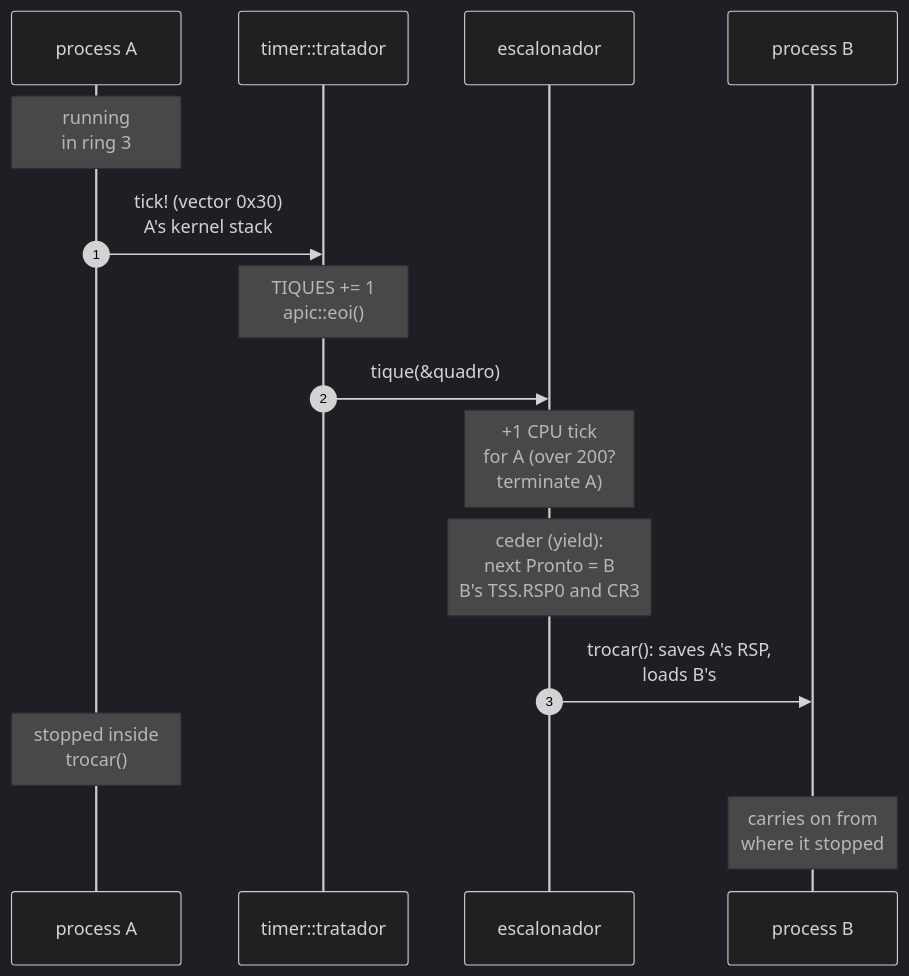
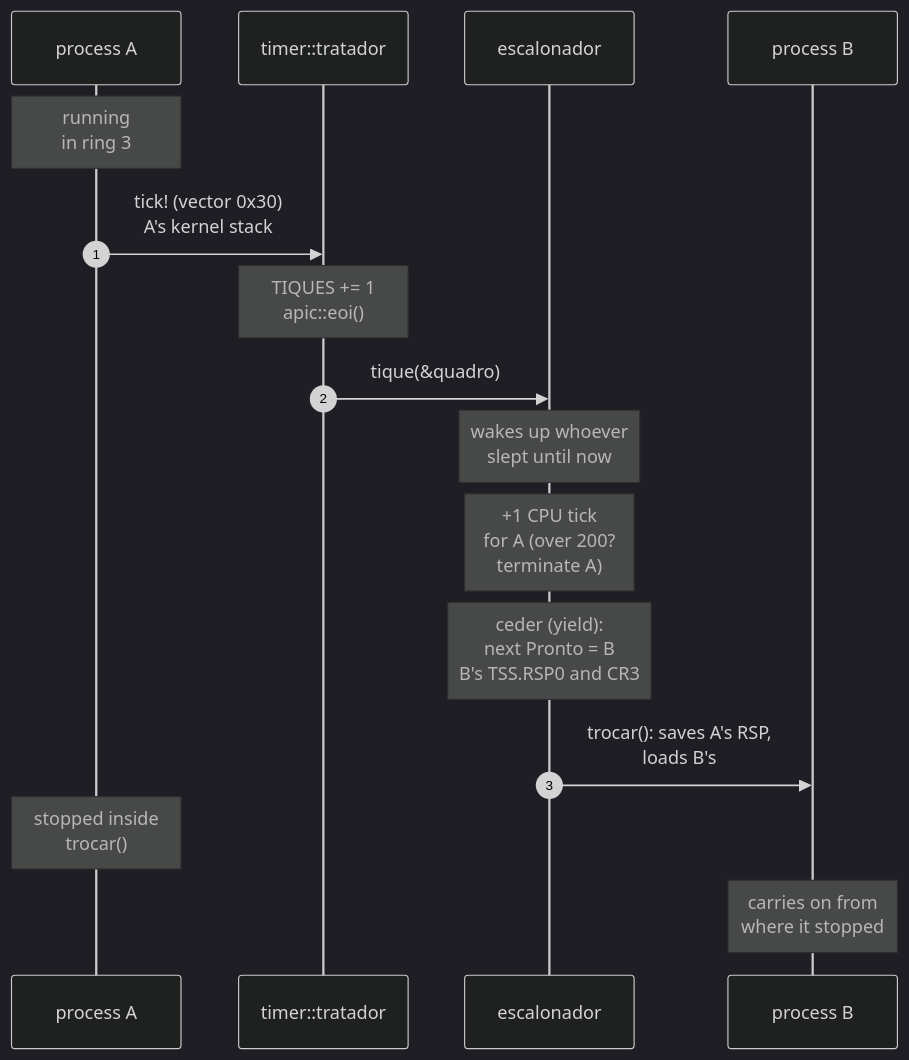
Before and after one commit to moises-dev-git/siliconOS: the sixth of 8 diagrams in docs-en/mapa.md, drawn with Mermaid (dark theme). The commit also changed other lines of this file and 30 other files, not shown here.

````diff
--- a/docs-en/mapa.md
+++ b/docs-en/mapa.md
@@ -289,18 +290,19 @@
 ```mermaid
 sequenceDiagram
     autonumber
     participant A as process A
     participant TM as timer::tratador
     participant ESC as escalonador
     participant B as process B
 
     Note over A: running<br/>in ring 3
     A->>TM: tick! (vector 0x30)<br/>A's kernel stack
     Note over TM: TIQUES += 1<br/>apic::eoi()
     TM->>ESC: tique(&quadro)
+    Note over ESC: wakes up whoever<br/>slept until now
     Note over ESC: +1 CPU tick<br/>for A (over 200?<br/>terminate A)
     Note over ESC: ceder (yield):<br/>next Pronto = B<br/>B's TSS.RSP0 and CR3
     ESC->>B: trocar(): saves A's RSP,<br/>loads B's
     Note over A: stopped inside<br/>trocar()
     Note over B: carries on from<br/>where it stopped
 ```
````
